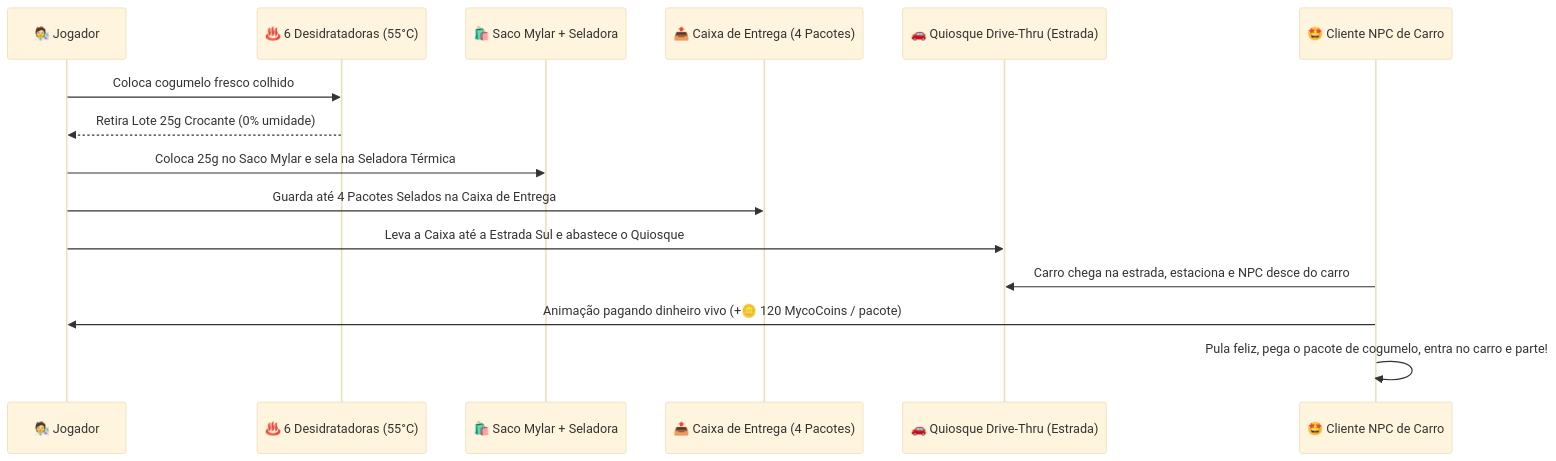
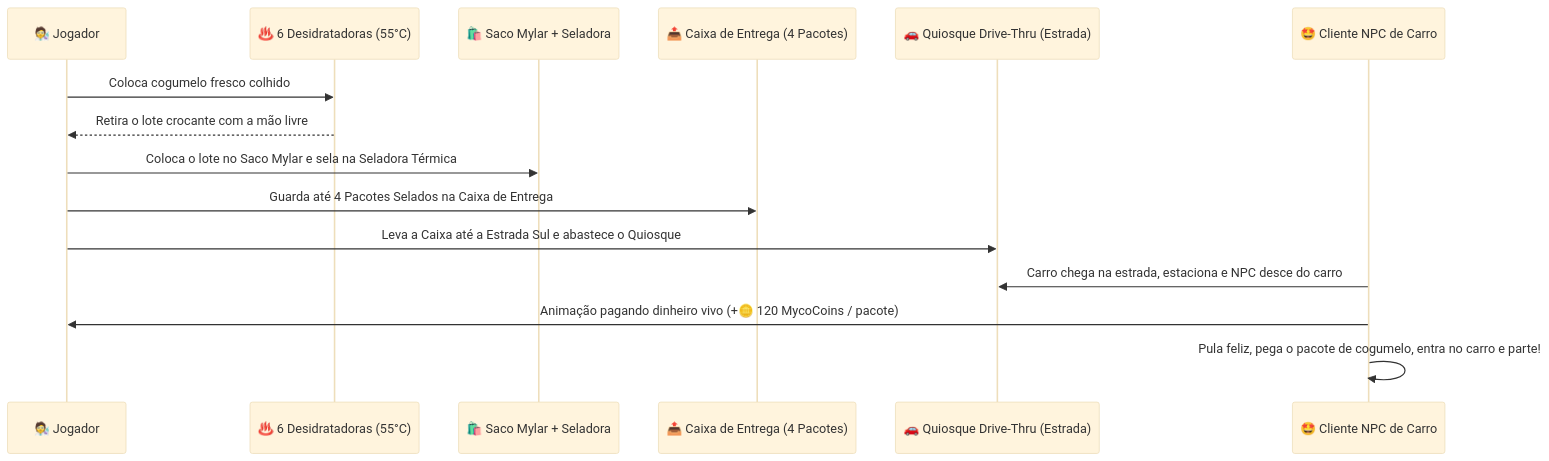
One commit to gabrielweb7/MycoCampus3D changed the second of 2 diagrams in README.md. Above: the diagram before and after it, drawn with Mermaid (base theme). The commit also changed other lines of this file and 49 other files, not shown here.

````diff
--- a/README.md
+++ b/README.md
@@ -92,18 +96,18 @@
 ```mermaid
 sequenceDiagram
   participant J as 🧑‍🔬 Jogador
   participant D as ♨️ 6 Desidratadoras (55°C)
   participant S as 🛍️ Saco Mylar + Seladora
   participant C as 📤 Caixa de Entrega (4 Pacotes)
   participant Q as 🚗 Quiosque Drive-Thru (Estrada)
   participant N as 🤩 Cliente NPC de Carro
 
   J->>D: Coloca cogumelo fresco colhido
-  D-->>J: Retira Lote 25g Crocante (0% umidade)
-  J->>S: Coloca 25g no Saco Mylar e sela na Seladora Térmica
+  D-->>J: Retira o lote crocante com a mão livre
+  J->>S: Coloca o lote no Saco Mylar e sela na Seladora Térmica
   J->>C: Guarda até 4 Pacotes Selados na Caixa de Entrega
   J->>Q: Leva a Caixa até a Estrada Sul e abastece o Quiosque
   N->>Q: Carro chega na estrada, estaciona e NPC desce do carro
   N->>J: Animação pagando dinheiro vivo (+🪙 120 MycoCoins / pacote)
   N->>N: Pula feliz, pega o pacote de cogumelo, entra no carro e parte!
 ```
````
